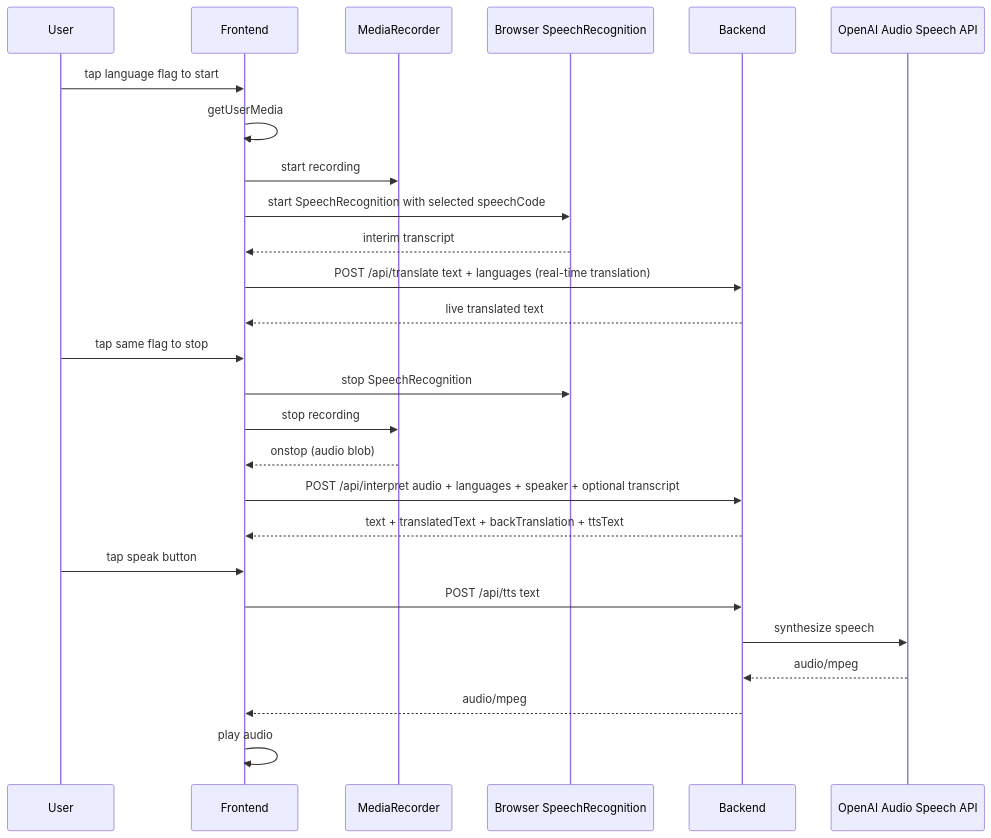
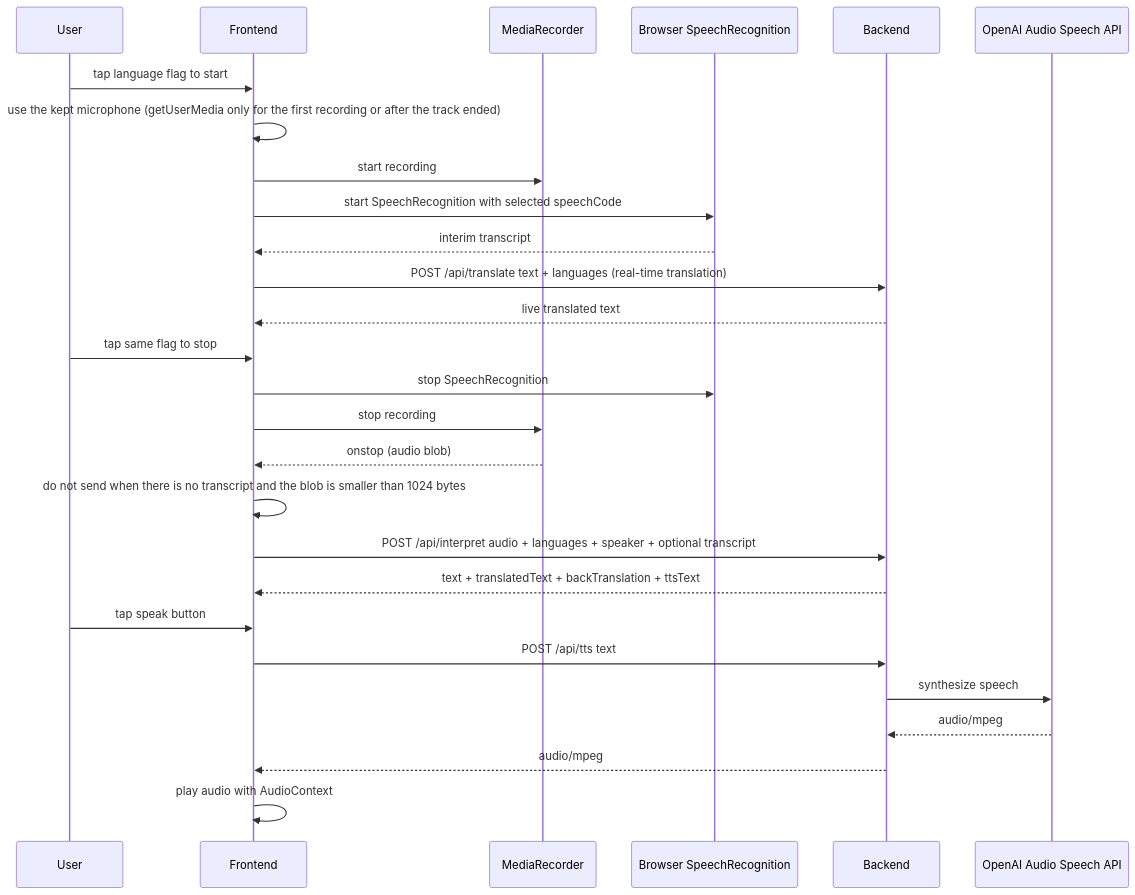
Before and after one commit to shin-arita/gotalk: the third of 3 diagrams in docs/architecture.md, drawn with Mermaid. The commit also changed other lines of this file and 22 other files, not shown here.

First line of the commit message:
マイクを開いたまま使い回し、読み上げを AudioContext で鳴らし、マイクの音が来ないときに知らせる (#33)

````diff
--- a/docs/architecture.md
+++ b/docs/architecture.md
@@ -165,30 +165,31 @@
 ```mermaid
 sequenceDiagram
   participant User as User
   participant FE as Frontend
   participant MR as MediaRecorder
   participant Browser as Browser SpeechRecognition
   participant BE as Backend
   participant TTS as OpenAI Audio Speech API
 
   User->>FE: tap language flag to start
-  FE->>FE: getUserMedia
+  FE->>FE: use the kept microphone (getUserMedia only for the first recording or after the track ended)
   FE->>MR: start recording
   FE->>Browser: start SpeechRecognition with selected speechCode
   Browser-->>FE: interim transcript
   FE->>BE: POST /api/translate text + languages (real-time translation)
   BE-->>FE: live translated text
 
   User->>FE: tap same flag to stop
   FE->>Browser: stop SpeechRecognition
   FE->>MR: stop recording
   MR-->>FE: onstop (audio blob)
+  FE->>FE: do not send when there is no transcript and the blob is smaller than 1024 bytes
   FE->>BE: POST /api/interpret audio + languages + speaker + optional transcript
   BE-->>FE: text + translatedText + backTranslation + ttsText
   User->>FE: tap speak button
   FE->>BE: POST /api/tts text
   BE->>TTS: synthesize speech
   TTS-->>BE: audio/mpeg
   BE-->>FE: audio/mpeg
-  FE->>FE: play audio
+  FE->>FE: play audio with AudioContext
 ```
````
